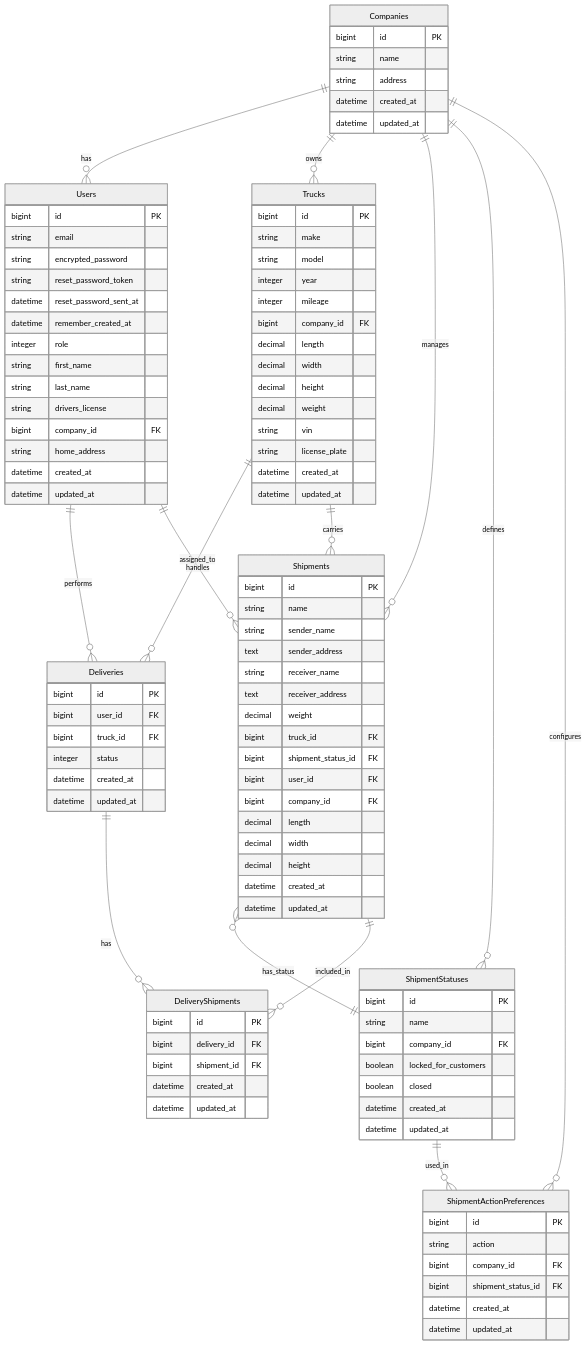
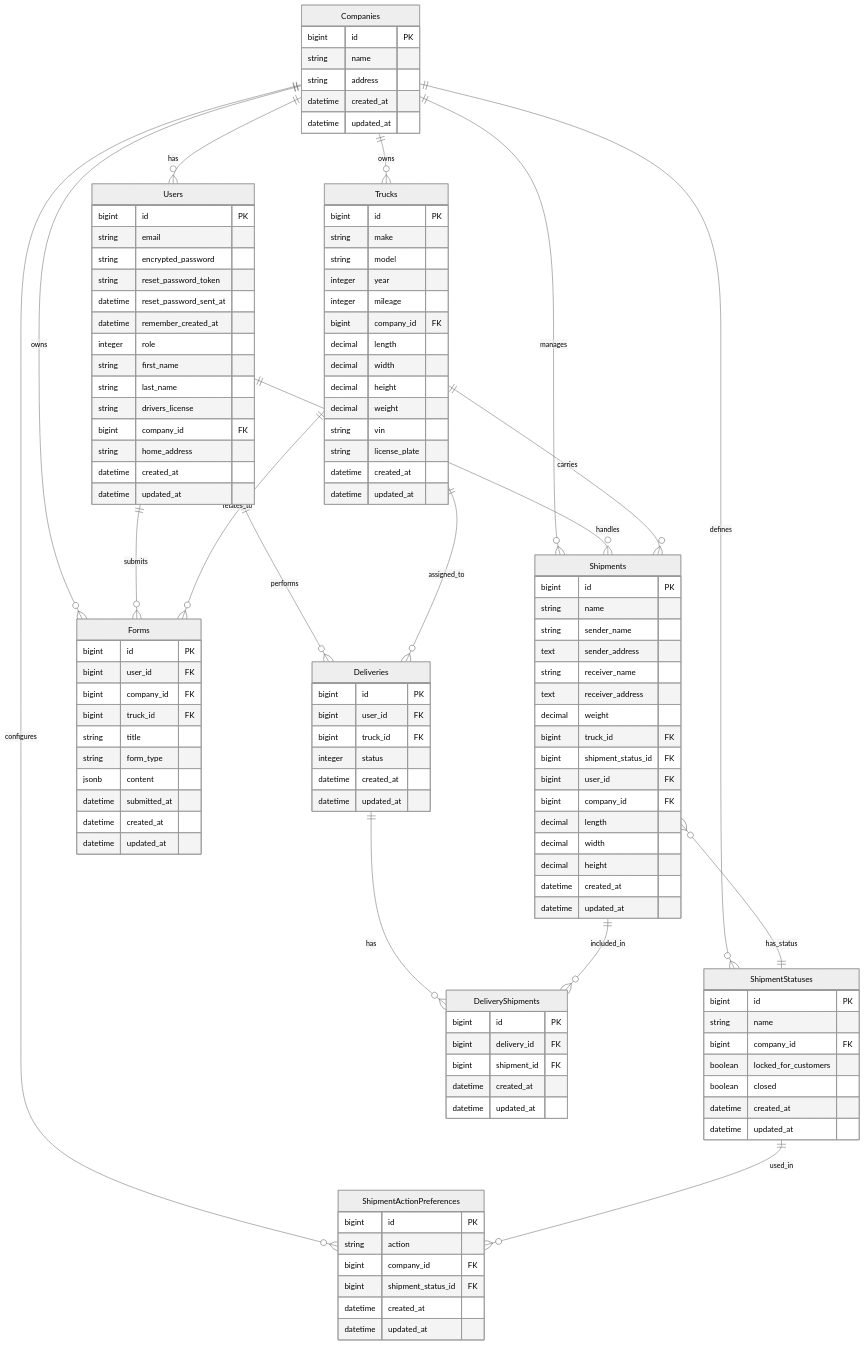
Before and after one commit to devxiongmao/truckin-along: the diagram in docs/erd.mermaid, drawn with Mermaid (neutral theme). The commit also changed 4 other files, not shown here.

```diff
--- a/docs/erd.mermaid
+++ b/docs/erd.mermaid
@@ -1,116 +1,132 @@
 erDiagram
     Companies ||--o{ Users : has
     Companies ||--o{ Trucks : owns
     Companies ||--o{ Shipments : manages
     Companies ||--o{ ShipmentStatuses : defines
     Companies ||--o{ ShipmentActionPreferences : configures
+    Companies ||--o{ Forms : owns
     
     Users ||--o{ Deliveries : performs
     Users ||--o{ Shipments : handles
+    Users ||--o{ Forms : submits
     
     Trucks ||--o{ Deliveries : assigned_to
     Trucks ||--o{ Shipments : carries
+    Trucks ||--o{ Forms : relates_to
     
     Shipments }o--|| ShipmentStatuses : has_status
     
     ShipmentStatuses ||--o{ ShipmentActionPreferences : used_in
     
     Deliveries ||--o{ DeliveryShipments : has
     Shipments ||--o{ DeliveryShipments : included_in
     
     Companies {
         bigint id PK
         string name
         string address
         datetime created_at
         datetime updated_at
     }
     
     Users {
         bigint id PK
         string email
         string encrypted_password
         string reset_password_token
         datetime reset_password_sent_at
         datetime remember_created_at
         integer role
         string first_name
         string last_name
         string drivers_license
         bigint company_id FK
         string home_address
         datetime created_at
         datetime updated_at
     }
     
     Trucks {
         bigint id PK
         string make
         string model
         integer year
         integer mileage
         bigint company_id FK
         decimal length
         decimal width
         decimal height
         decimal weight
         string vin
         string license_plate
         datetime created_at
         datetime updated_at
     }
     
     Deliveries {
         bigint id PK
         bigint user_id FK
         bigint truck_id FK
         integer status
         datetime created_at
         datetime updated_at
     }
     
     Shipments {
         bigint id PK
         string name
         string sender_name
         text sender_address
         string receiver_name
         text receiver_address
         decimal weight
         bigint truck_id FK
         bigint shipment_status_id FK
         bigint user_id FK
         bigint company_id FK
         decimal length
         decimal width
         decimal height
         datetime created_at
         datetime updated_at
     }
 
     DeliveryShipments {
         bigint id PK
         bigint delivery_id FK
         bigint shipment_id FK
         datetime created_at
         datetime updated_at
     }
     
     ShipmentStatuses {
         bigint id PK
         string name
         bigint company_id FK
         boolean locked_for_customers
         boolean closed
         datetime created_at
         datetime updated_at
     }
     
     ShipmentActionPreferences {
         bigint id PK
         string action
         bigint company_id FK
         bigint shipment_status_id FK
         datetime created_at
         datetime updated_at
     }
+    
+    Forms {
+        bigint id PK
+        bigint user_id FK
+        bigint company_id FK
+        bigint truck_id FK
+        string title
+        string form_type
+        jsonb content
+        datetime submitted_at
+        datetime created_at
+        datetime updated_at
+    }
```
